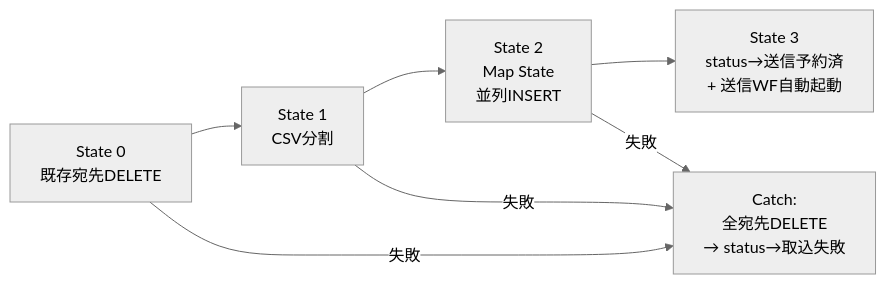
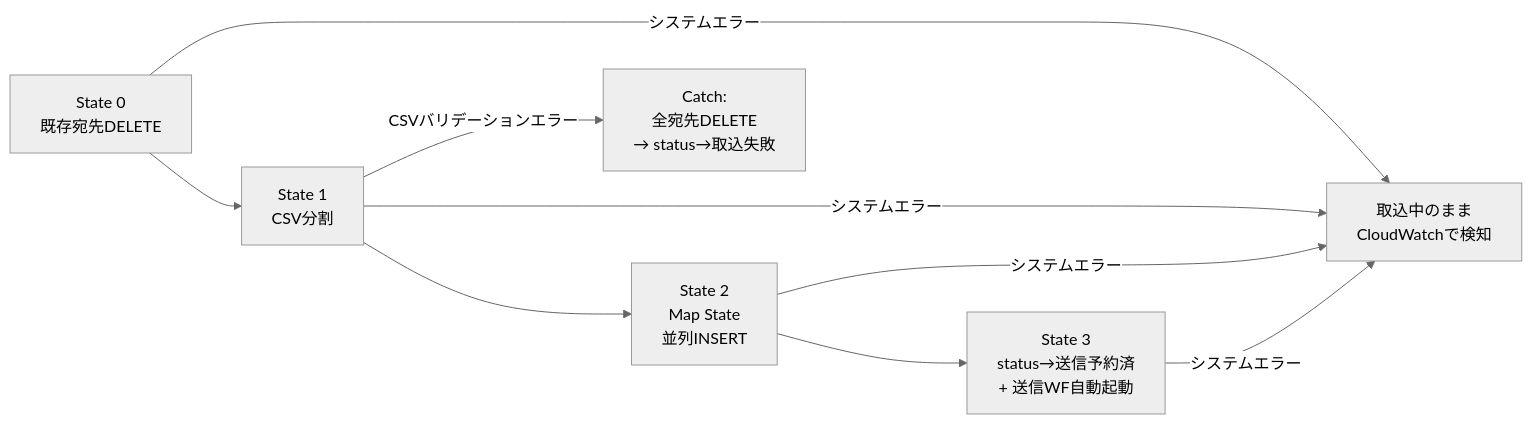
Before and after one commit to muratariku0903/mass-emailing: the third of 4 diagrams in docs/02-edit-flow.md, drawn with Mermaid (neutral theme). The commit also changed other lines of this file and 2 other files, not shown here.

````diff
--- a/docs/02-edit-flow.md
+++ b/docs/02-edit-flow.md
@@ -149,7 +147,6 @@
 ```mermaid
 flowchart LR
     S0[State 0<br/>既存宛先DELETE] --> S1[State 1<br/>CSV分割] --> S2[State 2<br/>Map State<br/>並列INSERT] --> S3[State 3<br/>status→送信予約済<br/>+ 送信WF自動起動]
-    S0 --> |失敗| ERR[Catch:<br/>全宛先DELETE<br/>→ status→取込失敗]
-    S1 --> |失敗| ERR
-    S2 --> |失敗| ERR
+    S1 --> |CSVバリデーションエラー| ERR[Catch:<br/>全宛先DELETE<br/>→ status→取込失敗]
+    S0 & S1 & S2 & S3 --> |システムエラー| SYS[取込中のまま<br/>CloudWatchで検知]
 ```
````
